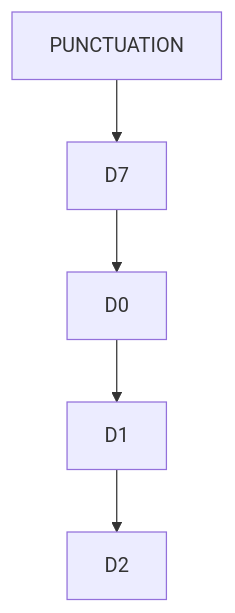
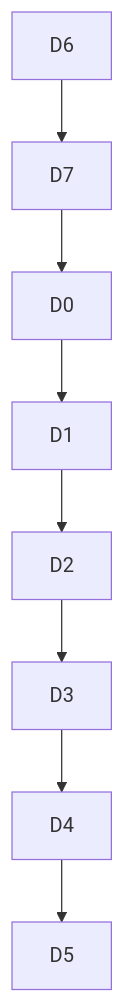
One commit to foxcolinVT/batbot6 changed the diagram in M4/ML_M4_PlasmaDriver_NI/README.MD. Above: the diagram before and after it, drawn with Mermaid.

````diff
--- a/M4/ML_M4_PlasmaDriver_NI/README.MD
+++ b/M4/ML_M4_PlasmaDriver_NI/README.MD
@@ -181,7 +181,10 @@
 ```mermaid
 graph TD;
     D0-->D1;
     D1-->D2;
-    PUNCTUATION-->D7;
+    D2-->D3;
+    D3-->D4;
+    D4-->D5;
+    D6-->D7;
     D7-->D0; 
 ```
````
